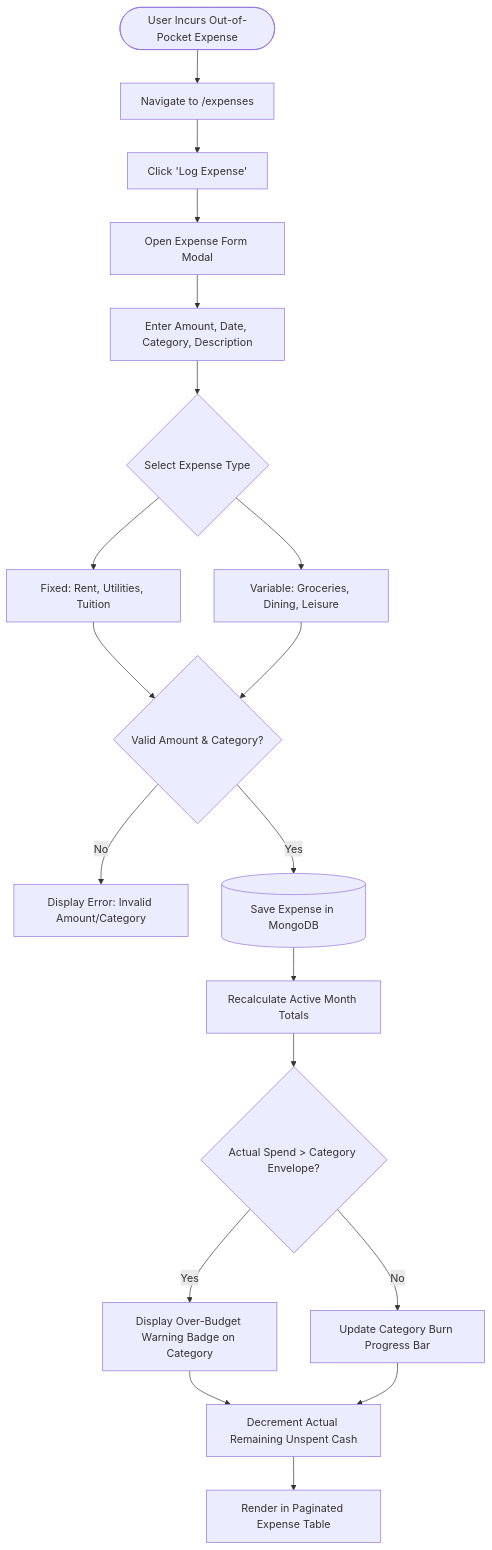
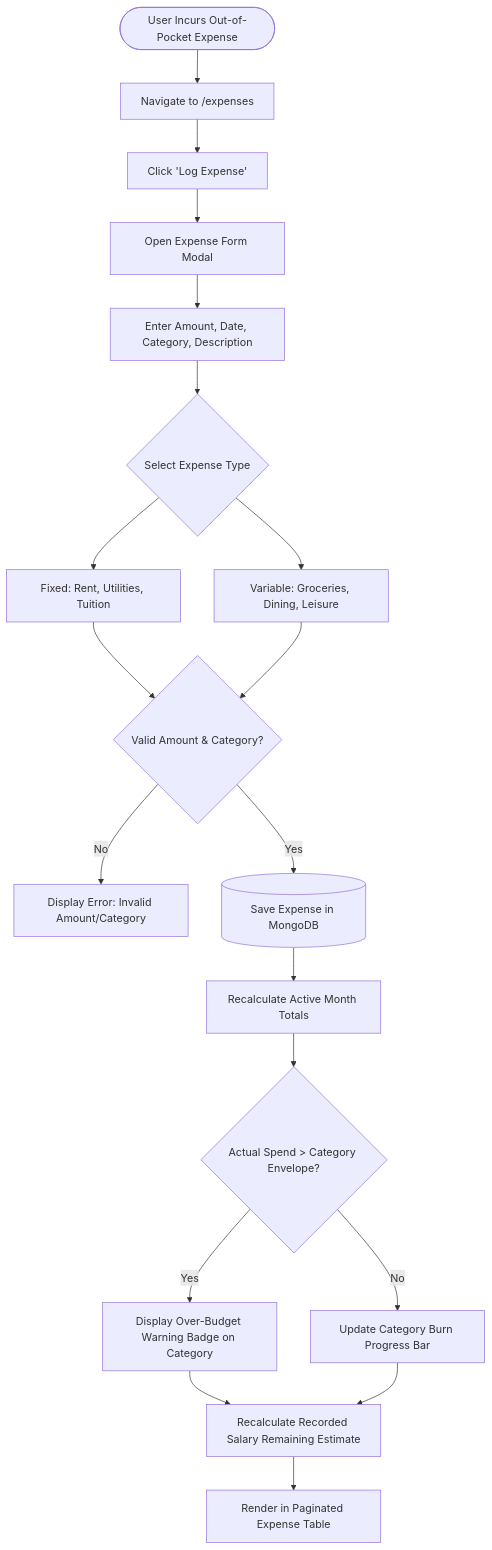
One commit to zainrubi/Fintrack changed the third of 6 diagrams in docs/phase-2-information-architecture-and-user-flows.md. Above: the diagram before and after it, drawn with Mermaid. The commit also changed other lines of this file and 1 other file, not shown here.

````diff
--- a/docs/phase-2-information-architecture-and-user-flows.md
+++ b/docs/phase-2-information-architecture-and-user-flows.md
@@ -189,24 +188,24 @@
 ```mermaid
 flowchart TD
     Spend([User Incurs Out-of-Pocket Expense]) --> OpenExpense[Navigate to /expenses]
     OpenExpense --> ClickAddExpense[Click 'Log Expense']
     ClickAddExpense --> ExpenseModal[Open Expense Form Modal]
 
     ExpenseModal --> InputDetails[Enter Amount, Date, Category, Description]
     InputDetails --> TagType{Select Expense Type}
     TagType --> Fixed[Fixed: Rent, Utilities, Tuition]
     TagType --> Variable[Variable: Groceries, Dining, Leisure]
 
     Fixed & Variable --> ValidateExpense{Valid Amount & Category?}
     ValidateExpense -- No --> ShowExpError[Display Error: Invalid Amount/Category]
     ValidateExpense -- Yes --> PersistExpense[(Save Expense in MongoDB)]
 
     PersistExpense --> UpdateAggregates[Recalculate Active Month Totals]
     UpdateAggregates --> CheckBudget{Actual Spend > Category Envelope?}
     
     CheckBudget -- Yes --> TriggerOverBudgetBadge[Display Over-Budget Warning Badge on Category]
     CheckBudget -- No --> NormalBudgetBar[Update Category Burn Progress Bar]
 
-    TriggerOverBudgetBadge & NormalBudgetBar --> UpdateRemainingCash[Decrement Actual Remaining Unspent Cash]
-    UpdateRemainingCash --> RefreshLedger[Render in Paginated Expense Table]
+    TriggerOverBudgetBadge & NormalBudgetBar --> UpdateRemaining[Recalculate Recorded Salary Remaining Estimate]
+    UpdateRemaining --> RefreshLedger[Render in Paginated Expense Table]
 ```
````
